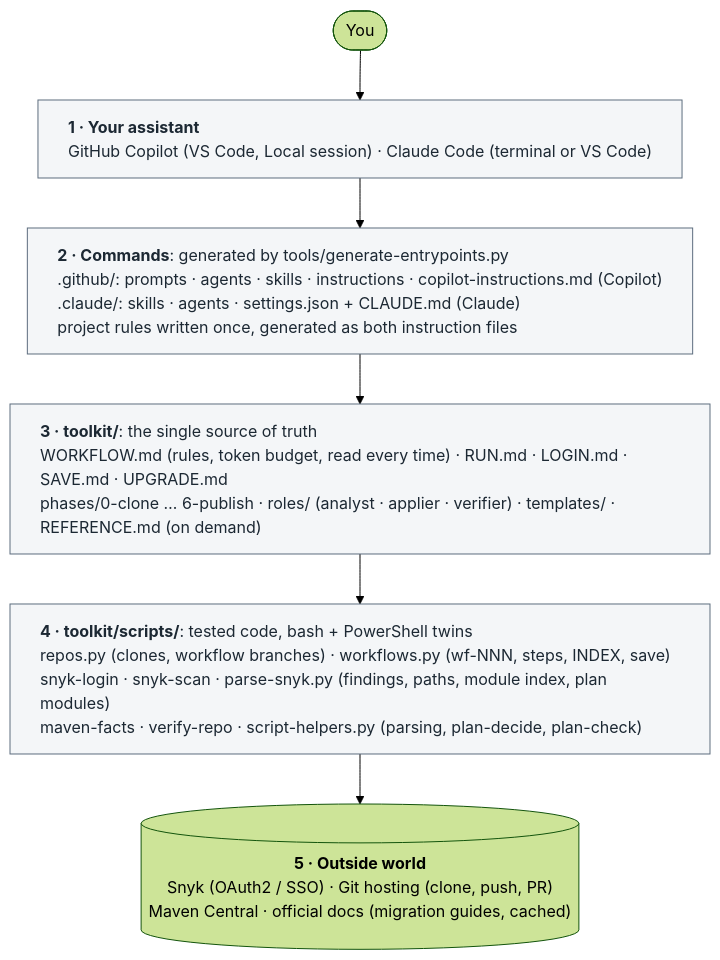
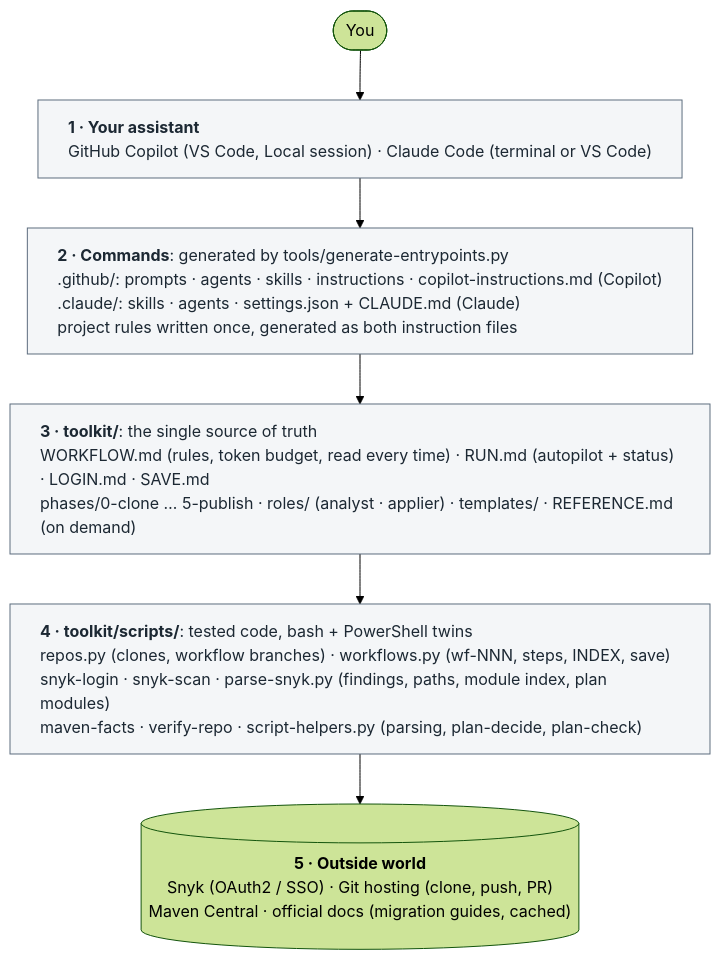
One commit to elinasarvari/snyk-update-package changed the first of 7 diagrams in docs/ARCHITECTURE.md. Above: the diagram before and after it, drawn with Mermaid (forest theme). The commit also changed other lines of this file and 74 other files, not shown here.

````diff
--- a/docs/ARCHITECTURE.md
+++ b/docs/ARCHITECTURE.md
@@ -22,15 +22,15 @@
 ```mermaid
 %%{init: {"flowchart": {"wrappingWidth": 640}}}%%
 flowchart TB
     user(["You"])
     ide["<b>1 · Your assistant</b><br/>GitHub Copilot (VS Code, Local session) · Claude Code (terminal or VS Code)"]
     entry["<b>2 · Commands</b>: generated by tools/generate-entrypoints.py<br/>.github/: prompts · agents · skills · instructions · copilot-instructions.md (Copilot)<br/>.claude/: skills · agents · settings.json + CLAUDE.md (Claude)<br/>project rules written once, generated as both instruction files"]
-    toolkit["<b>3 · toolkit/</b>: the single source of truth<br/>WORKFLOW.md (rules, token budget, read every time) · RUN.md · LOGIN.md · SAVE.md · UPGRADE.md<br/>phases/0-clone … 6-publish · roles/ (analyst · applier · verifier) · templates/ · REFERENCE.md (on demand)"]
+    toolkit["<b>3 · toolkit/</b>: the single source of truth<br/>WORKFLOW.md (rules, token budget, read every time) · RUN.md (autopilot + status) · LOGIN.md · SAVE.md<br/>phases/0-clone … 5-publish · roles/ (analyst · applier) · templates/ · REFERENCE.md (on demand)"]
     scripts["<b>4 · toolkit/scripts/</b>: tested code, bash + PowerShell twins<br/>repos.py (clones, workflow branches) · workflows.py (wf-NNN, steps, INDEX, save)<br/>snyk-login · snyk-scan · parse-snyk.py (findings, paths, module index, plan modules)<br/>maven-facts · verify-repo · script-helpers.py (parsing, plan-decide, plan-check)"]
     ext[("<b>5 · Outside world</b><br/>Snyk (OAuth2 / SSO) · Git hosting (clone, push, PR)<br/>Maven Central · official docs (migration guides, cached)")]
 
     user --> ide --> entry --> toolkit --> scripts --> ext
 
     classDef layer fill:#f4f6f8,stroke:#5d6d7e,color:#1c2833,text-align:left
     class ide,entry,toolkit,scripts layer
 ```
````
